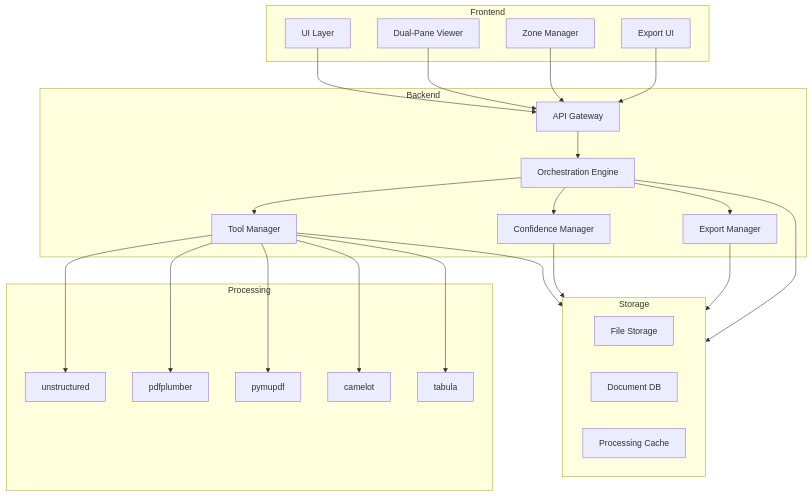
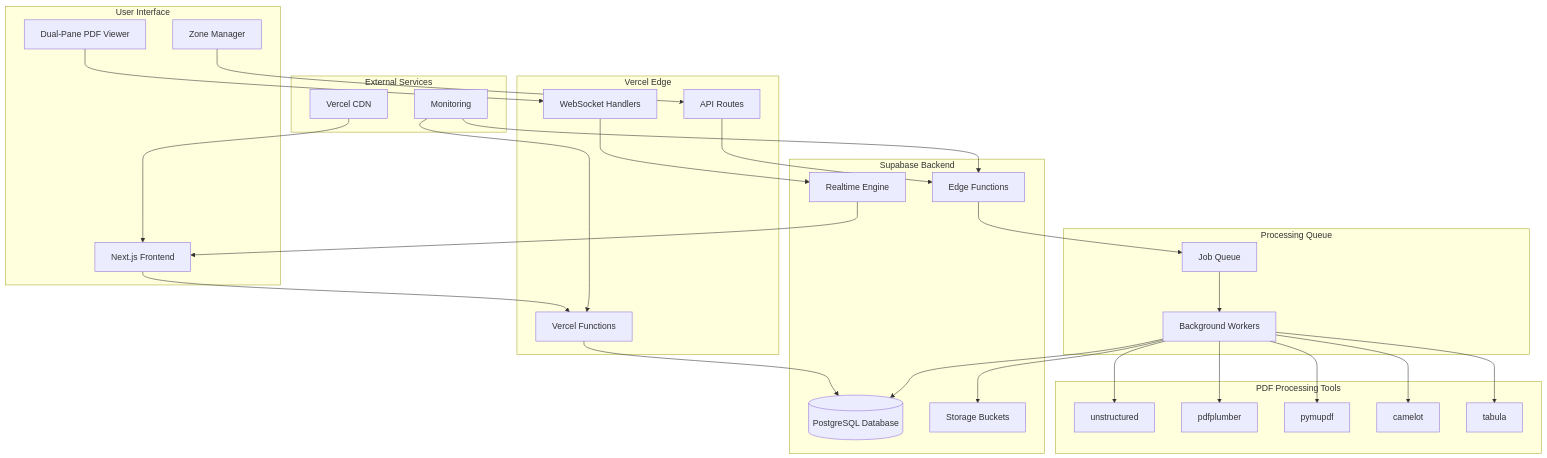
Before and after one commit to insult0o/atc: the first of 3 diagrams in docs/architecture.md, drawn with Mermaid. The commit also changed other lines of this file, not shown here.

First line of the commit message:
🏗️ Complete Fullstack Architecture Document

````diff
--- a/docs/architecture.md
+++ b/docs/architecture.md
@@ -5,52 +123,63 @@
 ```mermaid
 graph TD
-    subgraph Frontend
-        UI[UI Layer]
-        DP[Dual-Pane Viewer]
+    subgraph "User Interface"
+        UI[Next.js Frontend]
+        DP[Dual-Pane PDF Viewer]
         ZM[Zone Manager]
-        EX[Export UI]
+    end
+    
+    subgraph "Vercel Edge"
+        VF[Vercel Functions]
+        API[API Routes]
+        WS[WebSocket Handlers]
+    end
+    
+    subgraph "Supabase Backend"
+        DB[(PostgreSQL Database)]
+        ST[Storage Buckets]
+        RT[Realtime Engine]
+        EF[Edge Functions]
+    end
+    
+    subgraph "Processing Queue"
+        JQ[Job Queue]
+        BG[Background Workers]
+    end
+    
+    subgraph "PDF Processing Tools"
+        T1[unstructured]
+        T2[pdfplumber] 
+        T3[pymupdf]
+        T4[camelot]
+        T5[tabula]
+    end
+    
+    subgraph "External Services"
+        CDN[Vercel CDN]
+        MON[Monitoring]
     end
 
-    subgraph Backend
-        API[API Gateway]
-        Orch[Orchestration Engine]
-        TM[Tool Manager]
-        CM[Confidence Manager]
-        EM[Export Manager]
-    end
-
-    subgraph Processing
-        P1[unstructured]
-        P2[pdfplumber]
-        P3[pymupdf]
-        P4[camelot]
-        P5[tabula]
-    end
-
-    subgraph Storage
-        FS[File Storage]
-        DB[Document DB]
-        Cache[Processing Cache]
-    end
-
-    UI --> API
-    DP --> API
+    UI --> VF
+    DP --> WS
     ZM --> API
-    EX --> API
-
-    API --> Orch
-    Orch --> TM
-    Orch --> CM
-    Orch --> EM
-
-    TM --> P1
-    TM --> P2
-    TM --> P3
-    TM --> P4
-    TM --> P5
-
-    Orch --> Storage
-    TM --> Storage
-    CM --> Storage
-    EM --> Storage
-```
+    
+    VF --> DB
+    WS --> RT
+    API --> EF
+    
+    EF --> JQ
+    JQ --> BG
+    BG --> T1
+    BG --> T2
+    BG --> T3
+    BG --> T4
+    BG --> T5
+    
+    BG --> DB
+    BG --> ST
+    
+    RT --> UI
+    CDN --> UI
+    MON --> VF
+         MON --> EF
+ ```
````
